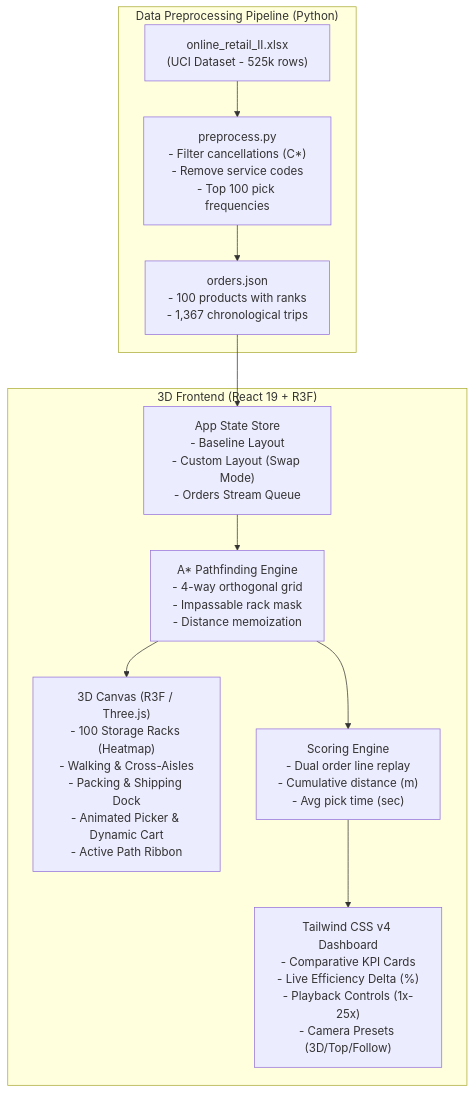
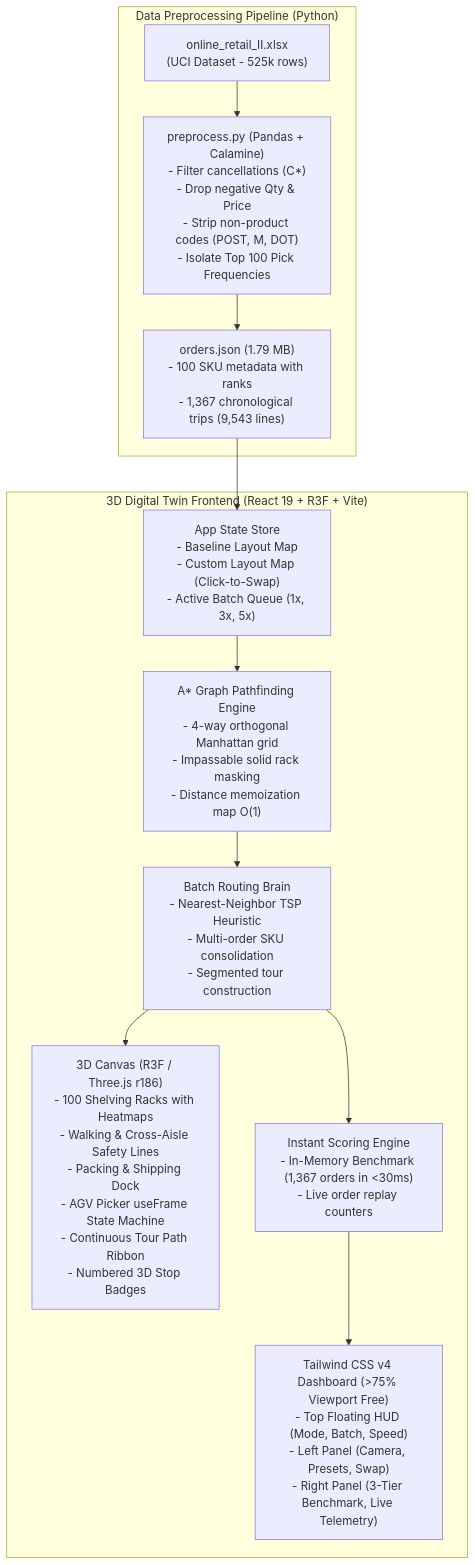
Before and after one commit to Suthish-S-lone/warehouse-twin: the diagram in README.md, drawn with Mermaid. The commit also changed other lines of this file and 1 other file, not shown here.

````diff
--- a/README.md
+++ b/README.md
@@ -45,19 +45,21 @@
 ```mermaid
 flowchart TD
     subgraph DataPipeline ["Data Preprocessing Pipeline (Python)"]
-        Raw["online_retail_II.xlsx\n(UCI Dataset - 525k rows)"] --> Clean["preprocess.py\n- Filter cancellations (C*)\n- Remove service codes\n- Top 100 pick frequencies"]
-        Clean --> Export["orders.json\n- 100 products with ranks\n- 1,367 chronological trips"]
+        Raw["online_retail_II.xlsx\n(UCI Dataset - 525k rows)"] --> Clean["preprocess.py (Pandas + Calamine)\n- Filter cancellations (C*)\n- Drop negative Qty & Price\n- Strip non-product codes (POST, M, DOT)\n- Isolate Top 100 Pick Frequencies"]
+        Clean --> Export["orders.json (1.79 MB)\n- 100 SKU metadata with ranks\n- 1,367 chronological trips (9,543 lines)"]
     end
 
-    subgraph SimulationFrontend ["3D Frontend (React 19 + R3F)"]
-        Export --> StateStore["App State Store\n- Baseline Layout\n- Custom Layout (Swap Mode)\n- Orders Stream Queue"]
+    subgraph SimulationFrontend ["3D Digital Twin Frontend (React 19 + R3F + Vite)"]
+        Export --> StateStore["App State Store\n- Baseline Layout Map\n- Custom Layout Map (Click-to-Swap)\n- Active Batch Queue (1x, 3x, 5x)"]
         
-        StateStore --> AStar["A* Pathfinding Engine\n- 4-way orthogonal grid\n- Impassable rack mask\n- Distance memoization"]
+        StateStore --> AStar["A* Graph Pathfinding Engine\n- 4-way orthogonal Manhattan grid\n- Impassable solid rack masking\n- Distance memoization map O(1)"]
         
-        AStar --> Scene["3D Canvas (R3F / Three.js)\n- 100 Storage Racks (Heatmap)\n- Walking & Cross-Aisles\n- Packing & Shipping Dock\n- Animated Picker & Dynamic Cart\n- Active Path Ribbon"]
+        AStar --> TSP["Batch Routing Brain\n- Nearest-Neighbor TSP Heuristic\n- Multi-order SKU consolidation\n- Segmented tour construction"]
         
-        AStar --> Engine["Scoring Engine\n- Dual order line replay\n- Cumulative distance (m)\n- Avg pick time (sec)"]
+        TSP --> Canvas["3D Canvas (R3F / Three.js r186)\n- 100 Shelving Racks with Heatmaps\n- Walking & Cross-Aisle Safety Lines\n- Packing & Shipping Dock\n- AGV Picker useFrame State Machine\n- Continuous Tour Path Ribbon\n- Numbered 3D Stop Badges"]
         
-        Engine --> UI["Tailwind CSS v4 Dashboard\n- Comparative KPI Cards\n- Live Efficiency Delta (%)\n- Playback Controls (1x-25x)\n- Camera Presets (3D/Top/Follow)"]
+        TSP --> Engine["Instant Scoring Engine\n- In-Memory Benchmark (1,367 orders in <30ms)\n- Live order replay counters"]
+        
+        Engine --> UI["Tailwind CSS v4 Dashboard (>75% Viewport Free)\n- Top Floating HUD (Mode, Batch, Speed)\n- Left Panel (Camera, Presets, Swap)\n- Right Panel (3-Tier Benchmark, Live Telemetry)"]
     end
 ```
````
